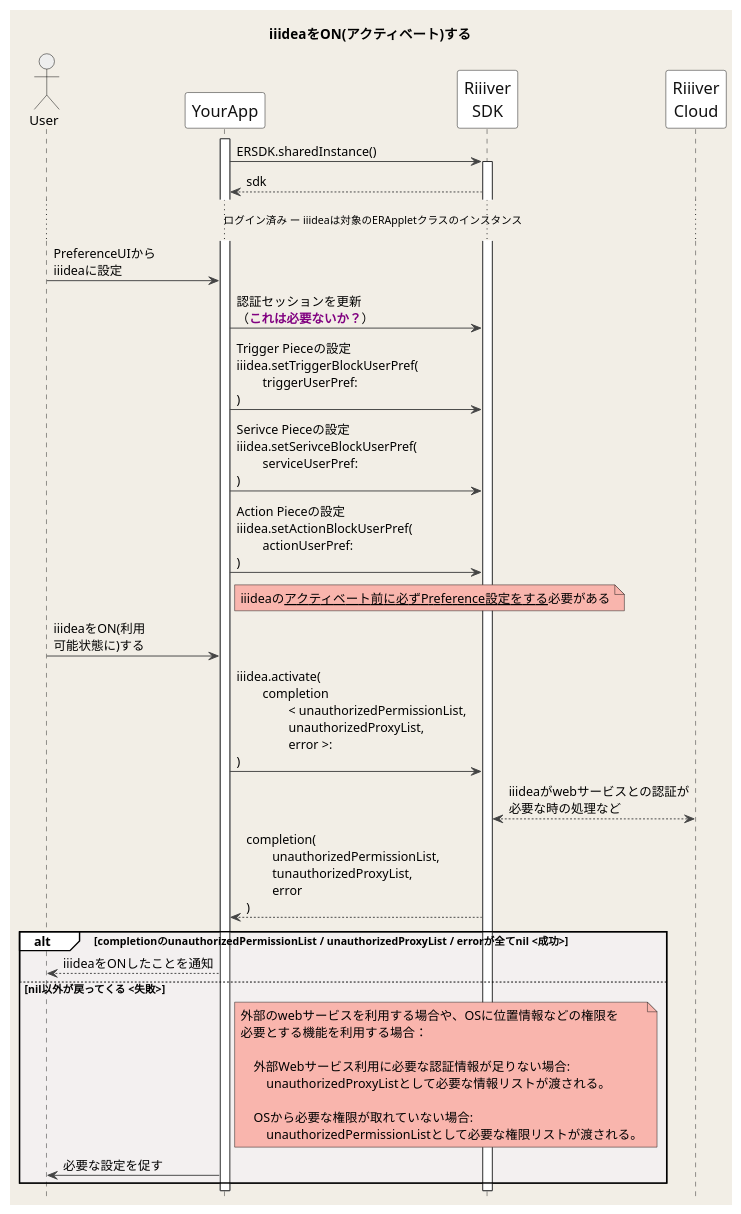
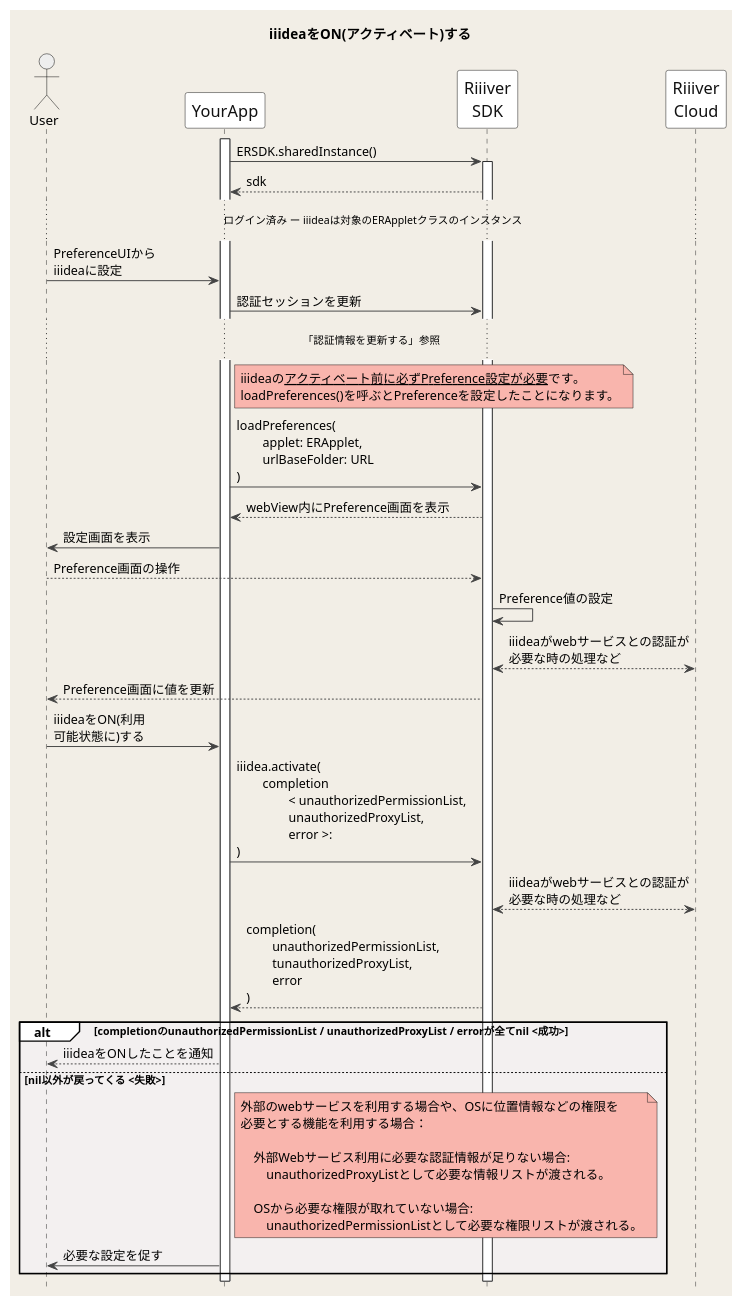
One commit to CitizenWatch/RiiiverResources changed the diagram in images/ja/Sequences/activateIiidea.pu. Above: the diagram before and after it, drawn with PlantUML. The commit also changed 2 other files, not shown here.

```diff
--- a/images/ja/Sequences/activateIiidea.pu
+++ b/images/ja/Sequences/activateIiidea.pu
@@ -1,71 +1,77 @@
 @startuml
 title iiideaをON(アクティベート)する
 hide footbox
 
 skinparam DefaultFontName "Noto Sans JP, Helvetica, Arial, Liberation Sans"
 skinparam BackgroundColor #F2EEE6
 skinparam Shadowing false
 skinparam NoteBackgroundColor #F9B5AD
 skinparam NodeBorderColor #F26767
 
 skinparam sequence {
 ArrowColor #444444
 ActorBorderColor Black
 LifeLineBorderColor #222222
 LifeLineBackgroundColor White
 BoxBorderColor #FFFFFF
 BoxBackgroundColor #F2fEf6
 GroupBackgroundColor #FFFFFF
 GroupBodyBackgroundColor #F3F0F0
 
 ParticipantBorderColor #111111
 ParticipantBackgroundColor White
 ParticipantFontSize 17
 ParticipantFontColor #111111
 BoundaryBorderColor Gray
 ActorBackgroundColor #eeeeee
 ActorFontColor Black
 
 }
 
 actor User
 participant YourApp as App
 participant "Riiiver\nSDK" as ERSDK
 participant "Riiiver\nCloud" as Riiiver
 
 activate App
 
 App -> ERSDK: ERSDK.sharedInstance()
 activate ERSDK
 App <-- ERSDK: sdk
 
 ... ログイン済み ー iiideaは対象のERAppletクラスのインスタンス...
 
 User -> App: PreferenceUIから\niiideaに設定
-App -> ERSDK: 認証セッションを更新\n（**<color purple>これは必要ないか？</color>**）
-App -> ERSDK: Trigger Pieceの設定\niiidea.setTriggerBlockUserPref(\n\ttriggerUserPref:\n)
-App -> ERSDK: Serivce Pieceの設定\niiidea.setSerivceBlockUserPref(\n\tserviceUserPref:\n)
-App -> ERSDK: Action Pieceの設定\niiidea.setActionBlockUserPref(\n\tactionUserPref:\n)
-note right of App: iiideaの__アクティベート前に必ずPreference設定をする__必要がある
+
+App -> ERSDK: 認証セッションを更新
+... 「認証情報を更新する」参照 ...
+note right of App: iiideaの__アクティベート前に必ずPreference設定が必要__です。\nloadPreferences()を呼ぶとPreferenceを設定したことになります。
+App -> ERSDK: loadPreferences(\n\tapplet: ERApplet,\n\turlBaseFolder: URL\n)
+App <-- ERSDK: webView内にPreference画面を表示
+User <- App: 設定画面を表示
+User --> ERSDK: Preference画面の操作
+ERSDK -> ERSDK: Preference値の設定
+ERSDK <--> Riiiver: iiideaがwebサービスとの認証が\n必要な時の処理など
+User <-- ERSDK: Preference画面に値を更新
 
 User -> App: iiideaをON(利用\n可能状態に)する
 App -> ERSDK: iiidea.activate(\n\tcompletion\n\t\t< unauthorizedPermissionList,\n\t\tunauthorizedProxyList,\n\t\terror >:\n)
 ERSDK <--> Riiiver: iiideaがwebサービスとの認証が\n必要な時の処理など
 App <-- ERSDK: completion(\n\tunauthorizedPermissionList,\n\ttunauthorizedProxyList,\n\terror\n)
 alt completionのunauthorizedPermissionList / unauthorizedProxyList / errorが全てnil <成功>
     User <-- App: iiideaをONしたことを通知
 else nil以外が戻ってくる <失敗>
     note right of App
         外部のwebサービスを利用する場合や、OSに位置情報などの権限を
         必要とする機能を利用する場合：
 
             外部Webサービス利用に必要な認証情報が足りない場合:
                 unauthorizedProxyListとして必要な情報リストが渡される。
 
             OSから必要な権限が取れていない場合:
                 unauthorizedPermissionListとして必要な権限リストが渡される。
     end note
     App -> User: 必要な設定を促す
 end
 
 @enduml
```
